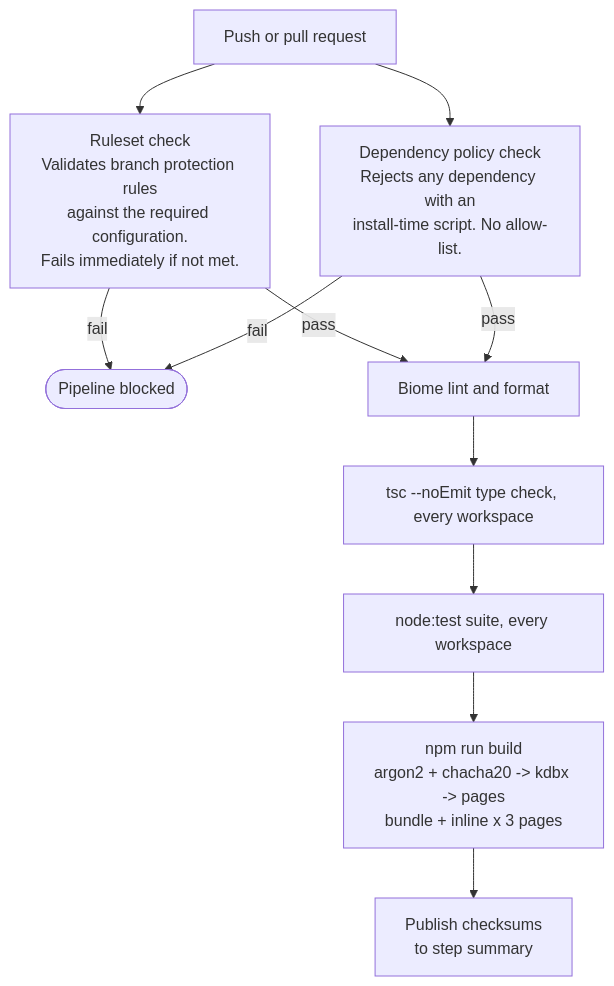
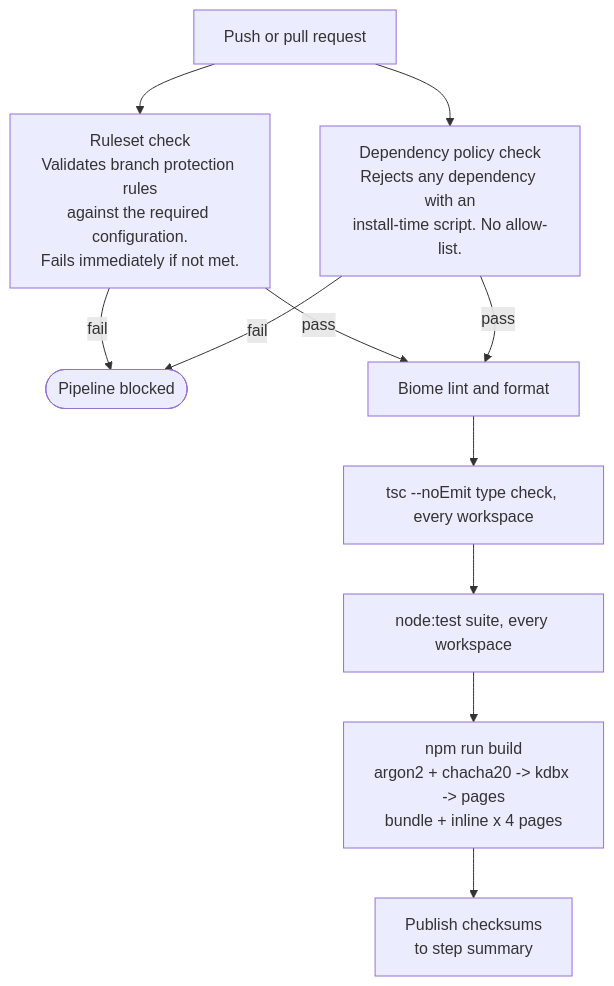
Before and after one commit to keepass-web/source-application: the second of 4 diagrams in docs/PIPELINE.md, drawn with Mermaid. The commit also changed other lines of this file and 22 other files, not shown here.

````diff
--- a/docs/PIPELINE.md
+++ b/docs/PIPELINE.md
@@ -76,14 +76,14 @@
 ```mermaid
 flowchart TD
     E["Push or pull request"]
     E --> RULE["Ruleset check\nValidates branch protection rules\nagainst the required configuration.\nFails immediately if not met."]
     E --> DEP["Dependency policy check\nRejects any dependency with an\ninstall-time script. No allow-list."]
     RULE -->|fail| STOP(["Pipeline blocked"])
     DEP -->|fail| STOP
     RULE -->|pass| LINT["Biome lint and format"]
     DEP -->|pass| LINT
     LINT --> TC["tsc --noEmit type check, every workspace"]
     TC --> TEST["node:test suite, every workspace"]
-    TEST --> BUILD["npm run build\nargon2 + chacha20 -> kdbx -> pages\nbundle + inline x 3 pages"]
+    TEST --> BUILD["npm run build\nargon2 + chacha20 -> kdbx -> pages\nbundle + inline x 4 pages"]
     BUILD --> SUM["Publish checksums\nto step summary"]
 ```
````
